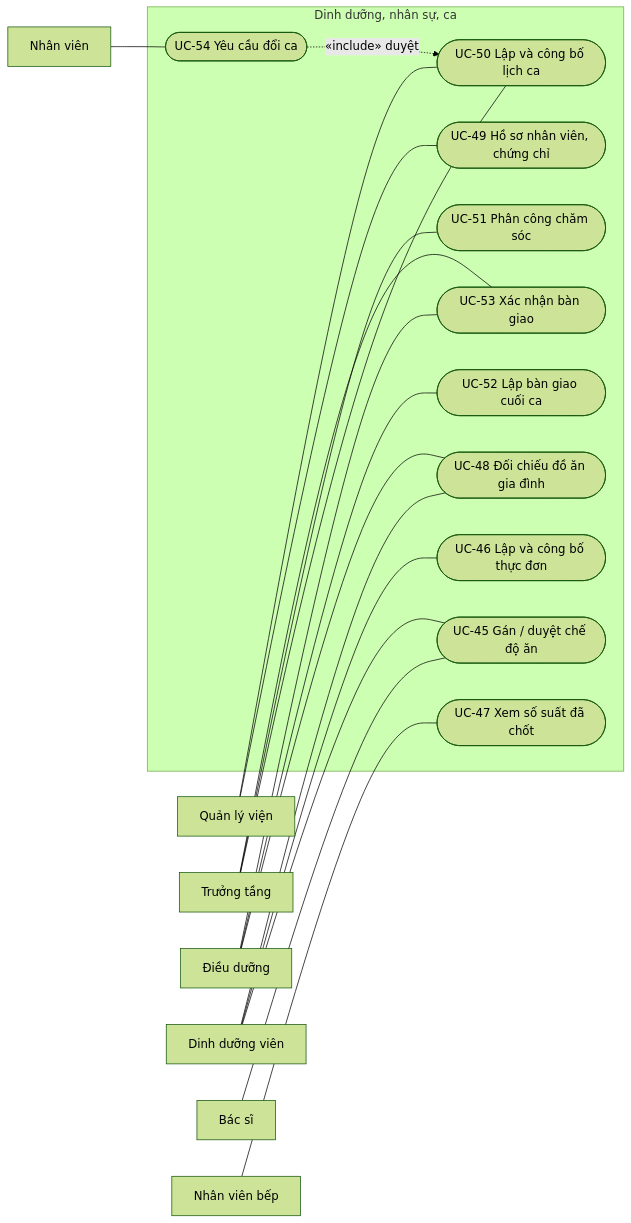
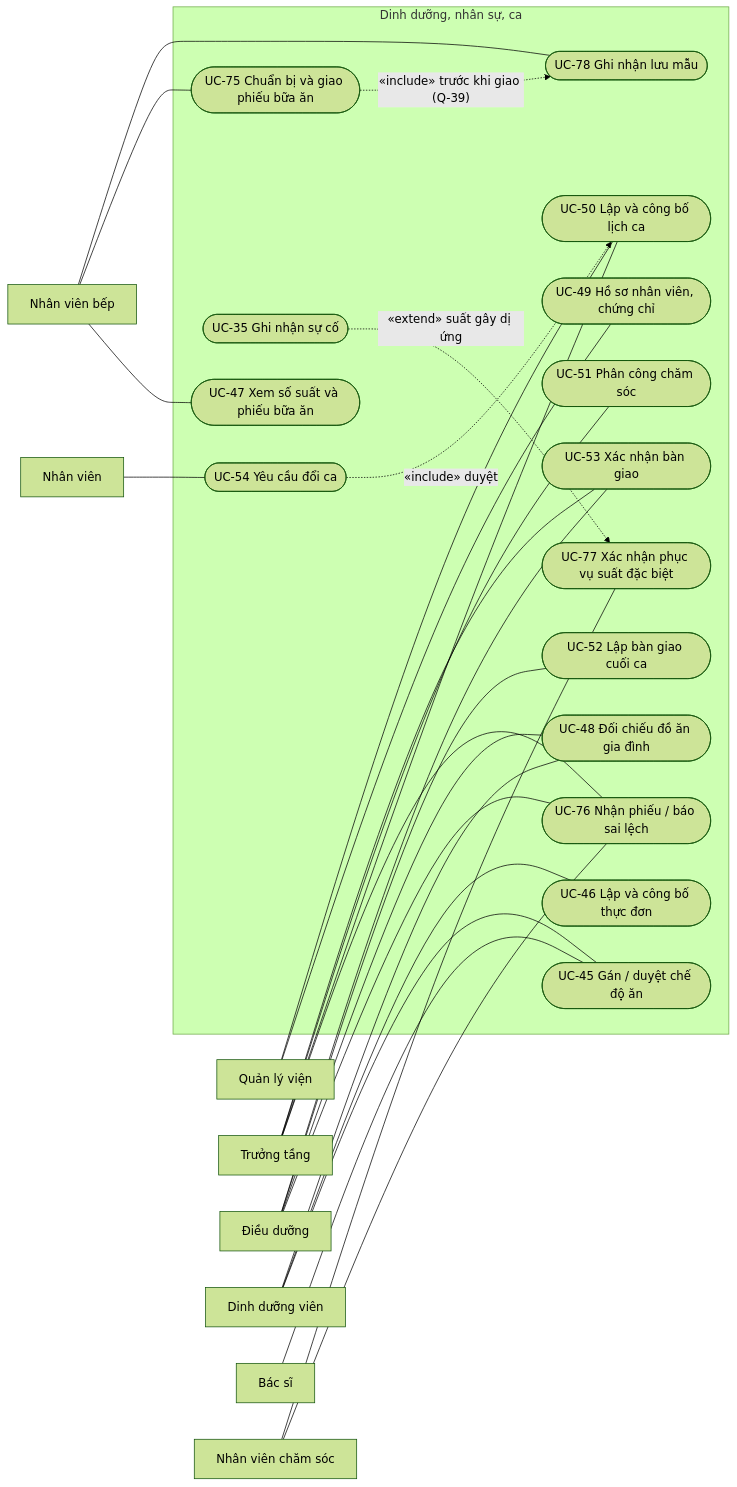
One commit to longdvhe170204/Elder_Care changed diagram 16 of 17 in docs/phan-tich-yeu-cau.md. Above: the diagram before and after it, drawn with Mermaid (forest theme). The commit also changed other lines of this file and 16 other files, not shown here.

````diff
--- a/docs/phan-tich-yeu-cau.md
+++ b/docs/phan-tich-yeu-cau.md
@@ -725,37 +804,51 @@
 ```mermaid
 flowchart LR
     QL["Quản lý viện"]
     TT["Trưởng tầng"]
     DD["Điều dưỡng"]
     NV["Nhân viên"]
     DDV["Dinh dưỡng viên"]
     BS["Bác sĩ"]
     BEP["Nhân viên bếp"]
+    CS["Nhân viên chăm sóc"]
     subgraph SYS[Dinh dưỡng, nhân sự, ca]
         U45(["UC-45 Gán / duyệt chế độ ăn"])
         U46(["UC-46 Lập và công bố thực đơn"])
-        U47(["UC-47 Xem số suất đã chốt"])
+        U47(["UC-47 Xem số suất và phiếu bữa ăn"])
         U48(["UC-48 Đối chiếu đồ ăn gia đình"])
+        U75(["UC-75 Chuẩn bị và giao phiếu bữa ăn"])
+        U76(["UC-76 Nhận phiếu / báo sai lệch"])
+        U77(["UC-77 Xác nhận phục vụ suất đặc biệt"])
+        U78(["UC-78 Ghi nhận lưu mẫu"])
+        U35(["UC-35 Ghi nhận sự cố"])
         U49(["UC-49 Hồ sơ nhân viên, chứng chỉ"])
         U50(["UC-50 Lập và công bố lịch ca"])
         U51(["UC-51 Phân công chăm sóc"])
         U52(["UC-52 Lập bàn giao cuối ca"])
         U53(["UC-53 Xác nhận bàn giao"])
         U54(["UC-54 Yêu cầu đổi ca"])
     end
     DDV --- U45
     BS --- U45
     DDV --- U46
     BEP --- U47
+    BEP --- U75
+    BEP --- U78
+    CS --- U76
+    TT --- U76
+    DD --- U76
+    CS --- U77
+    U75 -. "«include» trước khi giao (Q-39)" .-> U78
+    U35 -. "«extend» suất gây dị ứng" .-> U77
     DD --- U48
     DDV --- U48
     QL --- U49
     QL --- U50
     TT --- U50
     TT --- U51
     DD --- U52
     DD --- U53
     TT --- U53
     NV --- U54
     U54 -. "«include» duyệt" .-> U50
 ```
````
